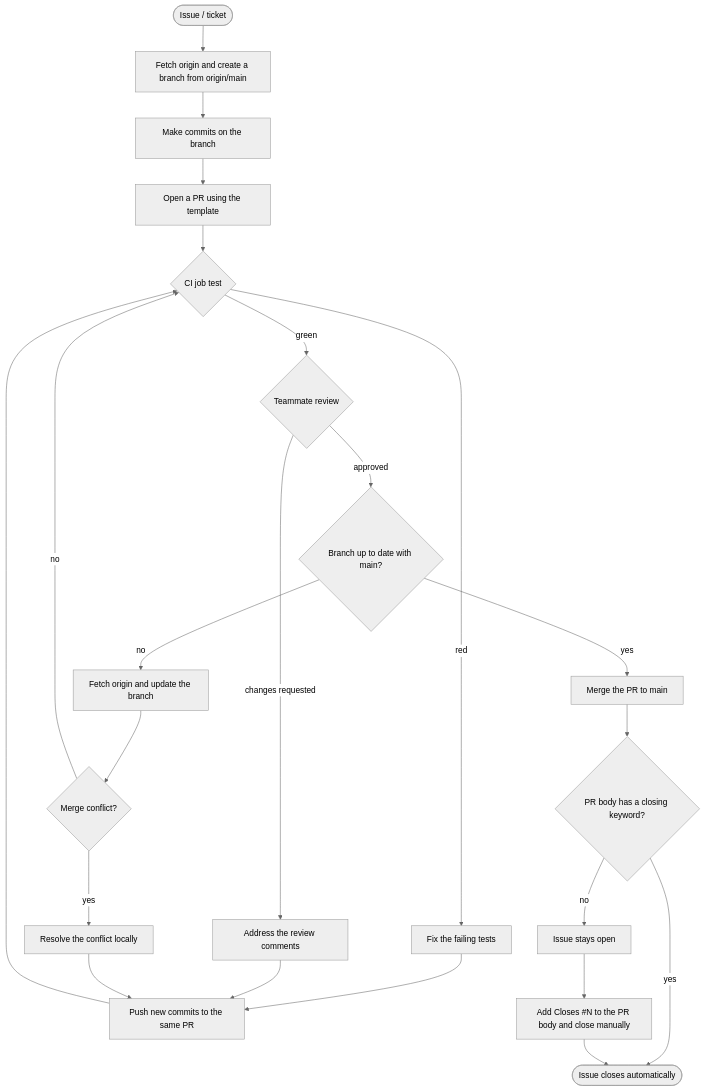
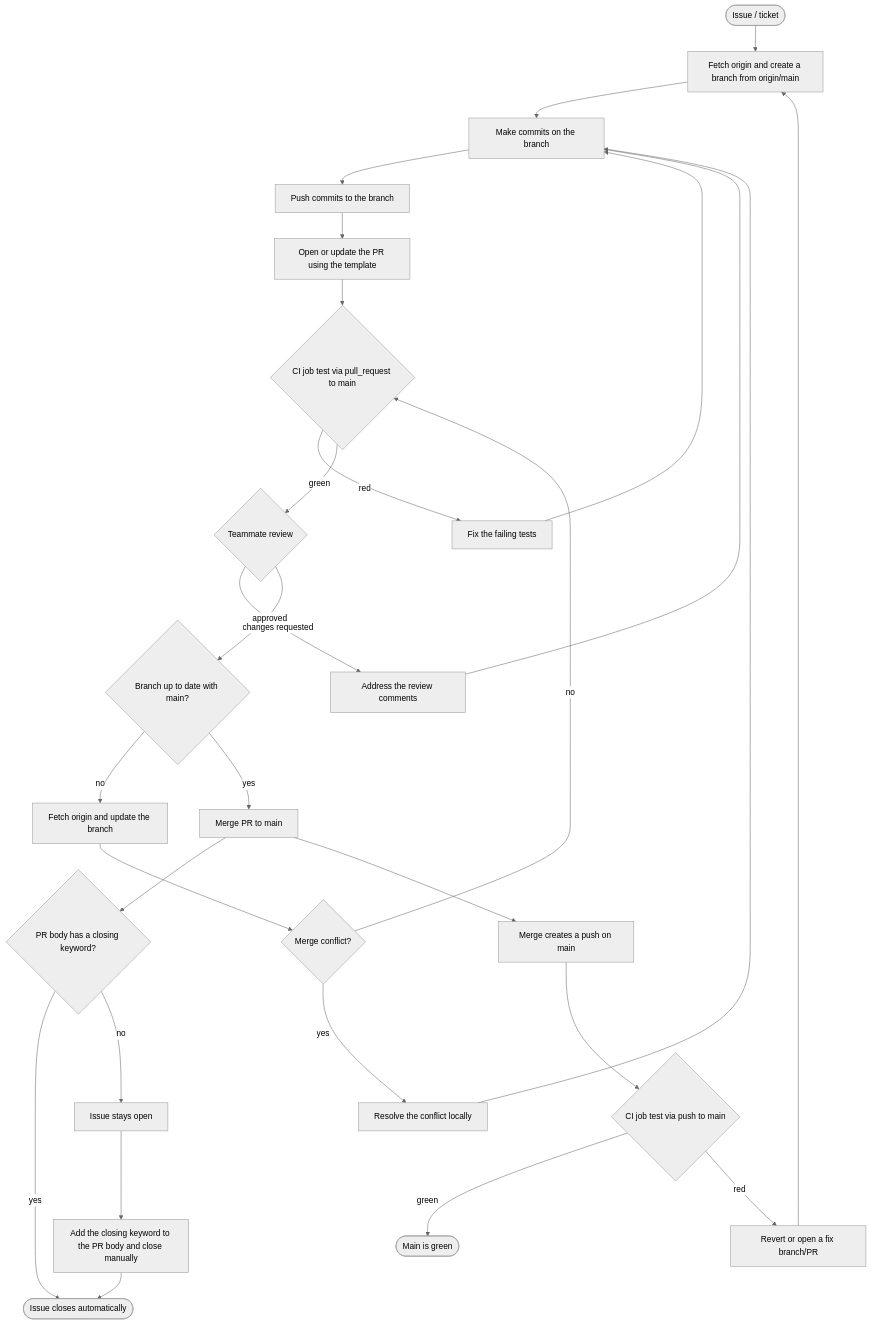
One commit to gasajere/eai101-urgent-tasks changed the diagram in docs/map-flow.md. Above: the diagram before and after it, drawn with Mermaid (neutral theme). The commit also changed other lines of this file, not shown here.

Commit message:
edited the mapflow to include the CI tests path on push to main

````diff
--- a/docs/map-flow.md
+++ b/docs/map-flow.md
@@ -5,31 +5,38 @@
 ```mermaid
 flowchart TD
     A([Issue / ticket]) --> B["Fetch origin and create a branch from origin/main"]
     B --> C["Make commits on the branch"]
-    C --> D["Open a PR using the template"]
-    D --> T{"CI job test"}
+    C --> P["Push commits to the branch"]
+    P --> D["Open or update the PR using the template"]
+    D --> TPR{"CI job test via pull_request to main"}
 
-    T -->|"red"| F["Fix the failing tests"]
-    F --> C2["Push new commits to the same PR"]
+    TPR -->|"red"| F["Fix the failing tests"]
+    F --> C
 
-    T -->|"green"| R{"Teammate review"}
+    TPR -->|"green"| R{"Teammate review"}
 
     R -->|"changes requested"| RC["Address the review comments"]
-    RC --> C2
+    RC --> C
 
     R -->|"approved"| U{"Branch up to date with main?"}
+
     U -->|"no"| UB["Fetch origin and update the branch"]
     UB --> MC{"Merge conflict?"}
     MC -->|"yes"| MR["Resolve the conflict locally"]
-    MR --> C2
-    MC -->|"no"| T
+    MR --> C
+    MC -->|"no"| TPR
 
-    U -->|"yes"| M["Merge the PR to main"]
+    U -->|"yes"| M["Merge PR to main"]
+
     M --> CL{"PR body has a closing keyword?"}
     CL -->|"yes"| K([Issue closes automatically])
     CL -->|"no"| KO["Issue stays open"]
-    KO --> KM["Add Closes #N to the PR body and close manually"]
+    KO --> KM["Add the closing keyword to the PR body and close manually"]
     KM --> K
 
-    C2 --> T
+    M --> PM["Merge creates a push on main"]
+    PM --> TP{"CI job test via push to main"}
+    TP -->|"green"| OK([Main is green])
+    TP -->|"red"| RF["Revert or open a fix branch/PR"]
+    RF --> B
 ```
````
